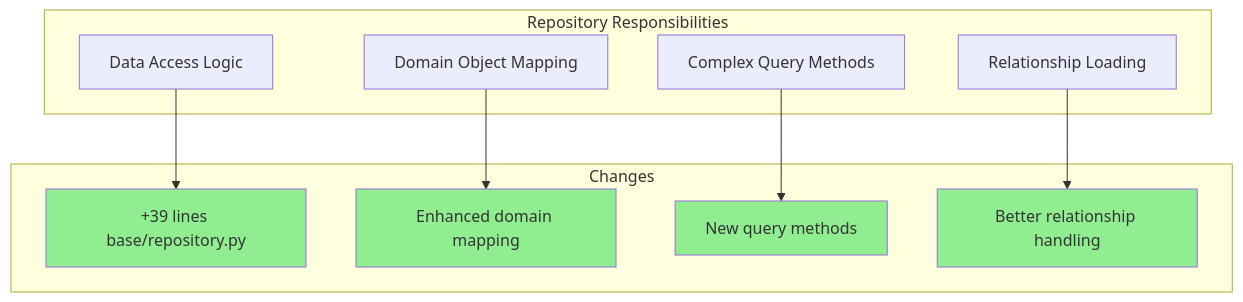
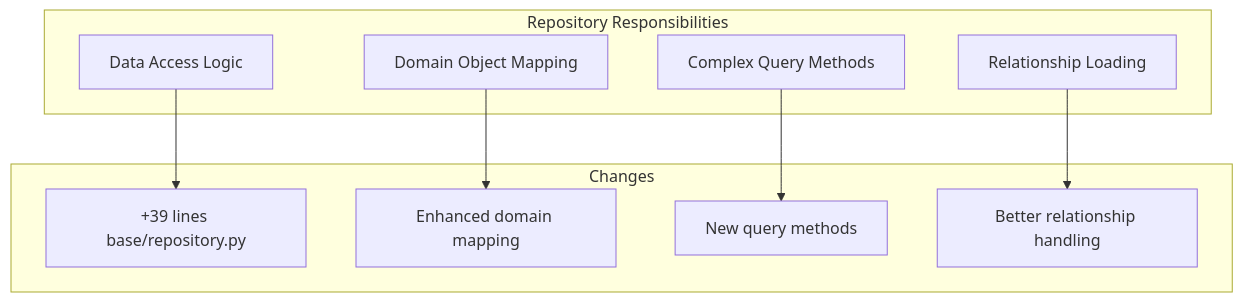
One commit to ELC/upskilling changed the fourth of 4 diagrams in docs/changes_from_restructure-models_to_refactor-services.md. Above: the diagram before and after it, drawn with Mermaid. The commit also changed other lines of this file, not shown here.

````diff
--- a/docs/changes_from_restructure-models_to_refactor-services.md
+++ b/docs/changes_from_restructure-models_to_refactor-services.md
@@ -135,26 +128,21 @@
 ```mermaid
 graph TB
     subgraph "Repository Responsibilities"
         A[Data Access Logic]
         B[Domain Object Mapping]
         C[Complex Query Methods]
         D[Relationship Loading]
     end
     
     subgraph "Changes"
         E[+39 lines base/repository.py]
         F[Enhanced domain mapping]
         G[New query methods]
         H[Better relationship handling]
     end
     
     A --> E
     B --> F
     C --> G
     D --> H
-    
-    style E fill:#90EE90
-    style F fill:#90EE90
-    style G fill:#90EE90
-    style H fill:#90EE90
 ```
````
